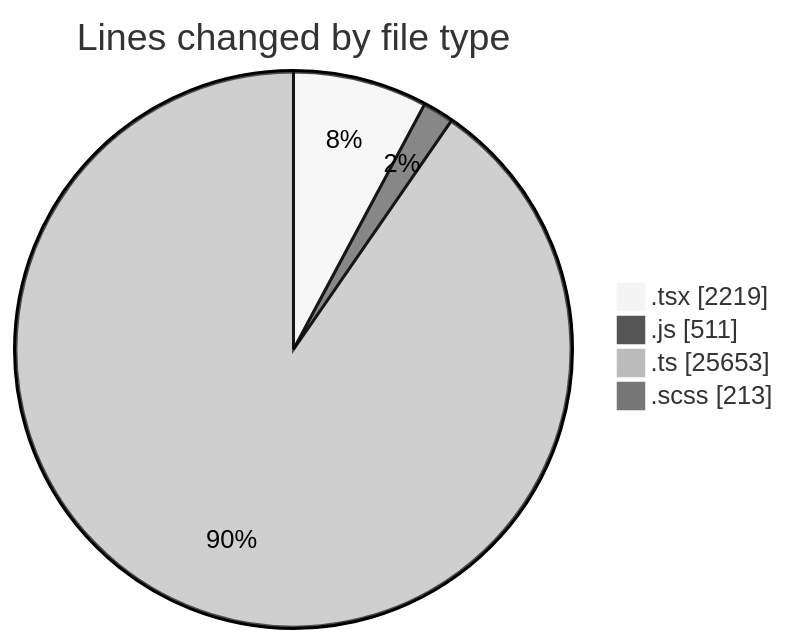
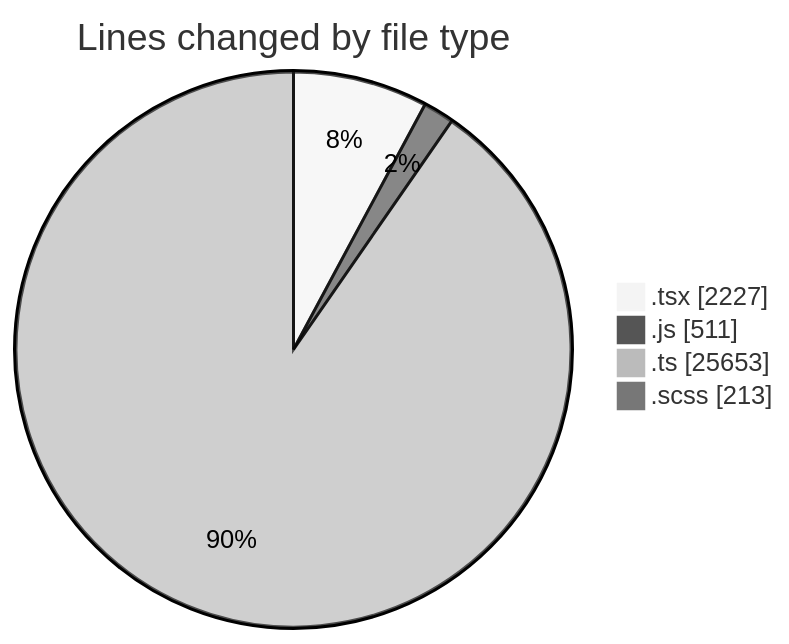
One commit to momahboobian/code-tracking changed the first of 2 diagrams in 2025-06-30/cda/README.md. Above: the diagram before and after it, drawn with Mermaid (neutral theme). The commit also changed other lines of this file and 1 other file, not shown here.

````diff
--- a/2025-06-30/cda/README.md
+++ b/2025-06-30/cda/README.md
@@ -41,8 +41,8 @@
 ```mermaid
 pie showData
 title Lines changed by file type
-".tsx" : 2219
+".tsx" : 2227
 ".js" : 511
 ".ts" : 25653
 ".scss" : 213
 ```
````
